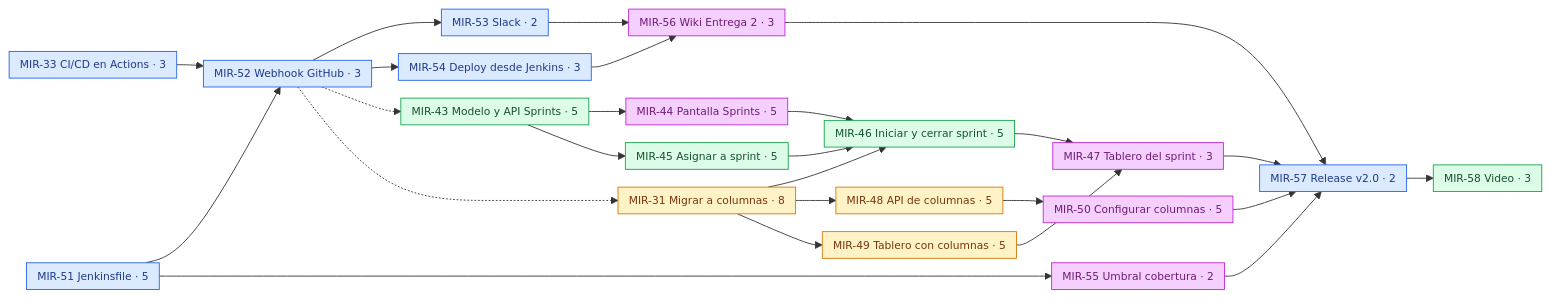
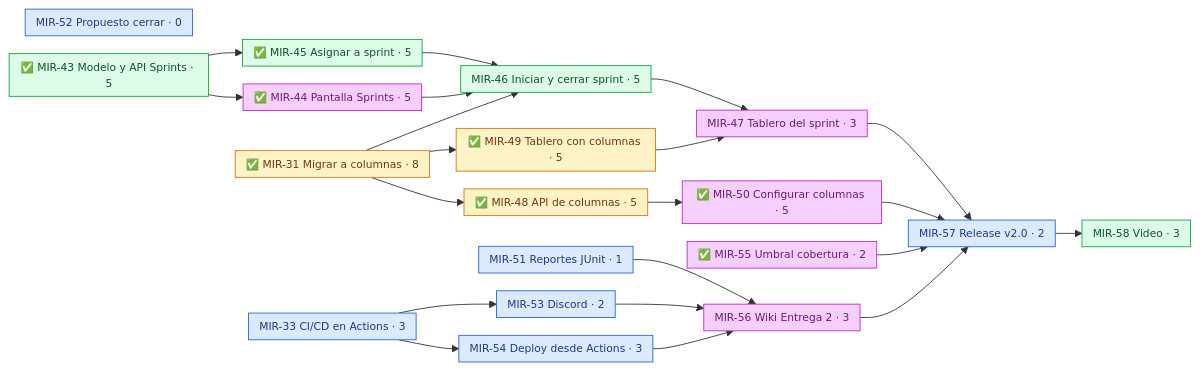
The diagram in docs/plan-trabajo-entrega2.md (MiraPdS/mira), drawn with Mermaid before and after one commit. The commit also changed other lines of this file and 9 other files, not shown here.

First line of the commit message:
docs(backlog): MIR-33 alinear los items de CI/CD de la Entrega 2 con D14

````diff
--- a/docs/plan-trabajo-entrega2.md
+++ b/docs/plan-trabajo-entrega2.md
@@ -81,60 +86,55 @@
 ```mermaid
 %%{init: {"themeVariables": {"fontSize": "12px"}, "flowchart": {"nodeSpacing": 20, "rankSpacing": 30, "padding": 6}}}%%
 flowchart LR
   classDef benja  fill:#dbeafe,stroke:#2563eb,color:#1e3a8a
   classDef isaias fill:#dcfce7,stroke:#16a34a,color:#14532d
   classDef mauro  fill:#fef3c7,stroke:#d97706,color:#78350f
   classDef diego  fill:#f5d0fe,stroke:#c026d3,color:#701a75
 
   J10["MIR-33 CI/CD en Actions · 3"]:::benja
-  J11["MIR-51 Jenkinsfile · 5"]:::benja
-  J12["MIR-52 Webhook GitHub · 3"]:::benja
-  J13["MIR-53 Slack · 2"]:::benja
-  J14["MIR-54 Deploy desde Jenkins · 3"]:::benja
+  J11["MIR-51 Reportes JUnit · 1"]:::benja
+  J12["MIR-52 Propuesto cerrar · 0"]:::benja
+  J13["MIR-53 Discord · 2"]:::benja
+  J14["MIR-54 Deploy desde Actions · 3"]:::benja
   R17["MIR-57 Release v2.0 · 2"]:::benja
 
-  S01["MIR-43 Modelo y API Sprints · 5"]:::isaias
-  S03["MIR-45 Asignar a sprint · 5"]:::isaias
+  S01["✅ MIR-43 Modelo y API Sprints · 5"]:::isaias
+  S03["✅ MIR-45 Asignar a sprint · 5"]:::isaias
   S04["MIR-46 Iniciar y cerrar sprint · 5"]:::isaias
   V18["MIR-58 Video · 3"]:::isaias
 
-  C06["MIR-31 Migrar a columnas · 8"]:::mauro
-  C07["MIR-48 API de columnas · 5"]:::mauro
-  C08["MIR-49 Tablero con columnas · 5"]:::mauro
+  C06["✅ MIR-31 Migrar a columnas · 8"]:::mauro
+  C07["✅ MIR-48 API de columnas · 5"]:::mauro
+  C08["✅ MIR-49 Tablero con columnas · 5"]:::mauro
 
-  S02["MIR-44 Pantalla Sprints · 5"]:::diego
+  S02["✅ MIR-44 Pantalla Sprints · 5"]:::diego
   S05["MIR-47 Tablero del sprint · 3"]:::diego
-  C09["MIR-50 Configurar columnas · 5"]:::diego
-  Q15["MIR-55 Umbral cobertura · 2"]:::diego
+  C09["✅ MIR-50 Configurar columnas · 5"]:::diego
+  Q15["✅ MIR-55 Umbral cobertura · 2"]:::diego
   W16["MIR-56 Wiki Entrega 2 · 3"]:::diego
 
-  J10 --> J12
-  J11 --> J12
-  J11 --> Q15
-  J12 --> J13
-  J12 --> J14
-
-  J12 -.-> S01
-  J12 -.-> C06
+  J10 --> J13
+  J10 --> J14
 
   S01 --> S02
   S01 --> S03
   S03 --> S04
   S02 --> S04
   C06 --> S04
   S04 --> S05
   C08 --> S05
 
   C06 --> C07
   C06 --> C08
   C07 --> C09
 
+  J11 --> W16
   J13 --> W16
   J14 --> W16
 
   S05 --> R17
   C09 --> R17
   Q15 --> R17
   W16 --> R17
   R17 --> V18
 ```
````
